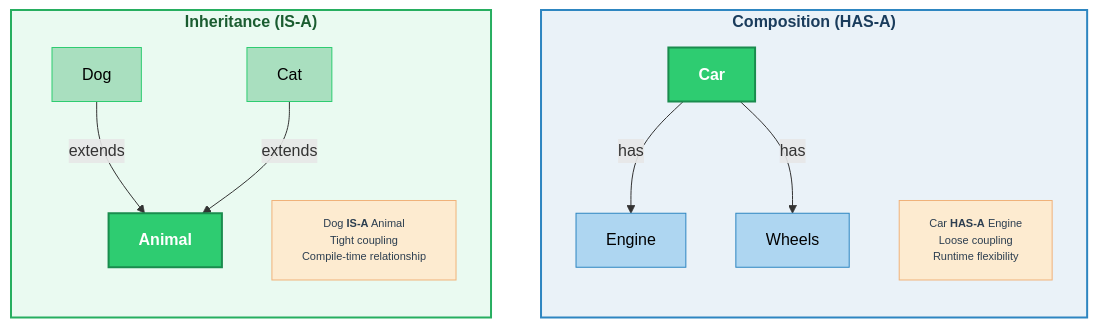
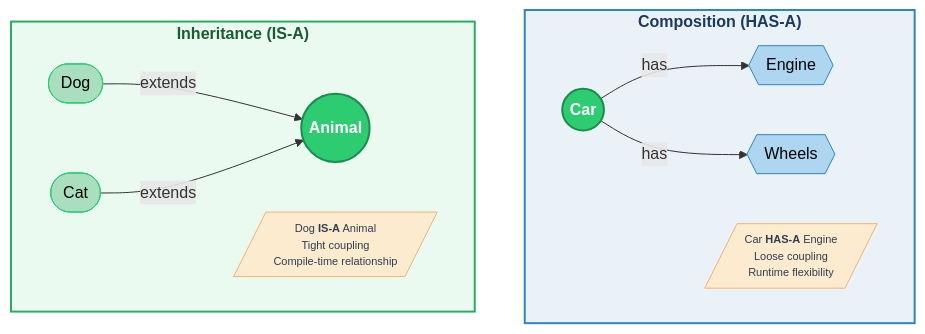
One commit to saivamsikaruturi/vamsilabs-dev-notes-main changed the second of 2 diagrams in docs/java/oops.md. Above: the diagram before and after it, drawn with Mermaid. The commit also changed other lines of this file and 146 other files, not shown here.

Commit message:
Horizontal diagrams, UML class diagrams, typography overhaul, and permalink cleanup

````diff
--- a/docs/java/oops.md
+++ b/docs/java/oops.md
@@ -33,32 +33,32 @@
 ```mermaid
 flowchart LR
     subgraph ISA["<b>Inheritance (IS-A)</b>"]
-        direction TB
-        Animal["Animal"]:::parent
-        Dog["Dog"]:::child
-        Cat["Cat"]:::child
+        direction LR
+        Animal(("Animal")):::parent
+        Dog(["Dog"]):::child
+        Cat(["Cat"]):::child
         Dog -->|"extends"| Animal
         Cat -->|"extends"| Animal
-        note1["Dog <b>IS-A</b> Animal<br/>Tight coupling<br/>Compile-time relationship"]:::note
+        note1[/"Dog <b>IS-A</b> Animal<br/>Tight coupling<br/>Compile-time relationship"/]:::note
     end
 
     subgraph HASA["<b>Composition (HAS-A)</b>"]
-        direction TB
-        Car["Car"]:::parent
-        Engine["Engine"]:::component
-        Wheels["Wheels"]:::component
+        direction LR
+        Car(("Car")):::parent
+        Engine{{"Engine"}}:::component
+        Wheels{{"Wheels"}}:::component
         Car -->|"has"| Engine
         Car -->|"has"| Wheels
-        note2["Car <b>HAS-A</b> Engine<br/>Loose coupling<br/>Runtime flexibility"]:::note
+        note2[/"Car <b>HAS-A</b> Engine<br/>Loose coupling<br/>Runtime flexibility"/]:::note
     end
 
     ISA ~~~ HASA
 
     classDef parent fill:#2ecc71,stroke:#1a8c4e,stroke-width:2px,color:#fff,font-weight:bold
     classDef child fill:#a9dfbf,stroke:#2ecc71,stroke-width:1px,color:#000
     classDef component fill:#aed6f1,stroke:#2e86c1,stroke-width:1px,color:#000
     classDef note fill:#fdebd0,stroke:#f0b27a,stroke-width:1px,color:#2c3e50,font-size:11px
 
     style ISA fill:#eafaf1,stroke:#27ae60,stroke-width:2px,color:#1a5c30
     style HASA fill:#eaf2f8,stroke:#2e86c1,stroke-width:2px,color:#1a3c5c
 ```
````
